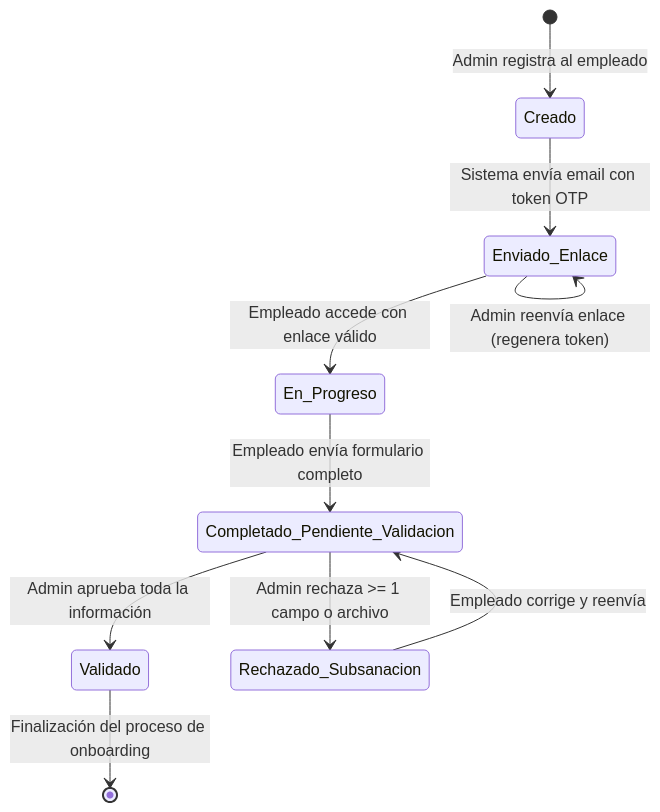
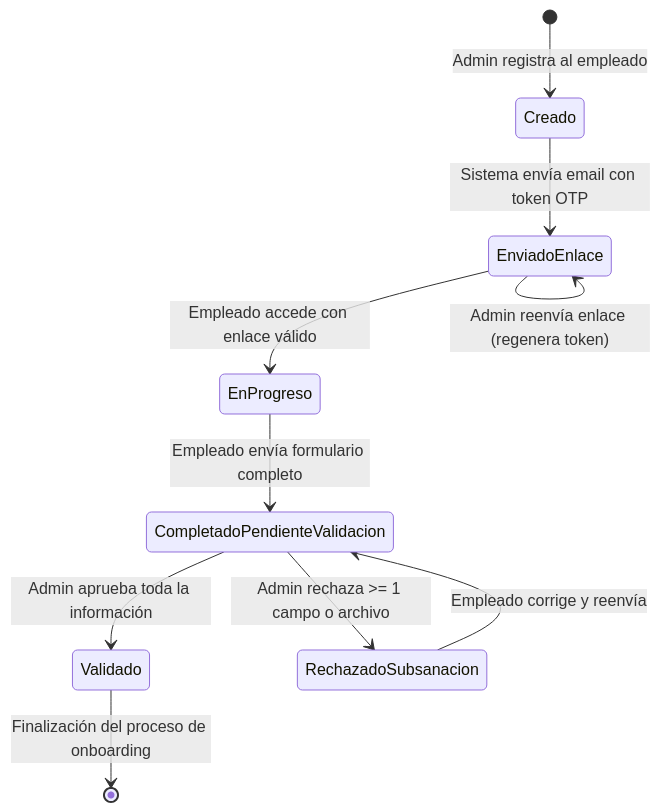
One commit to hugovelez16/civica-onboarding changed the second of 2 diagrams in 01_analisis_requisitos_casos_uso.md. Above: the diagram before and after it, drawn with Mermaid. The commit also changed other lines of this file and 3 other files, not shown here.

````diff
--- a/01_analisis_requisitos_casos_uso.md
+++ b/01_analisis_requisitos_casos_uso.md
@@ -178,12 +178,12 @@
 ```mermaid
 stateDiagram-v2
     [*] --> Creado : Admin registra al empleado
-    Creado --> Enviado_Enlace : Sistema envía email con token OTP
-    Enviado_Enlace --> En_Progreso : Empleado accede con enlace válido
-    Enviado_Enlace --> Enviado_Enlace : Admin reenvía enlace (regenera token)
-    En_Progreso --> Completado_Pendiente_Validacion : Empleado envía formulario completo
-    Completado_Pendiente_Validacion --> Validado : Admin aprueba toda la información
-    Completado_Pendiente_Validacion --> Rechazado_Subsanacion : Admin rechaza >= 1 campo o archivo
-    Rechazado_Subsanacion --> Completado_Pendiente_Validacion : Empleado corrige y reenvía
+    Creado --> EnviadoEnlace : Sistema envía email con token OTP
+    EnviadoEnlace --> EnProgreso : Empleado accede con enlace válido
+    EnviadoEnlace --> EnviadoEnlace : Admin reenvía enlace (regenera token)
+    EnProgreso --> CompletadoPendienteValidacion : Empleado envía formulario completo
+    CompletadoPendienteValidacion --> Validado : Admin aprueba toda la información
+    CompletadoPendienteValidacion --> RechazadoSubsanacion : Admin rechaza >= 1 campo o archivo
+    RechazadoSubsanacion --> CompletadoPendienteValidacion : Empleado corrige y reenvía
     Validado --> [*] : Finalización del proceso de onboarding
 ```
````
